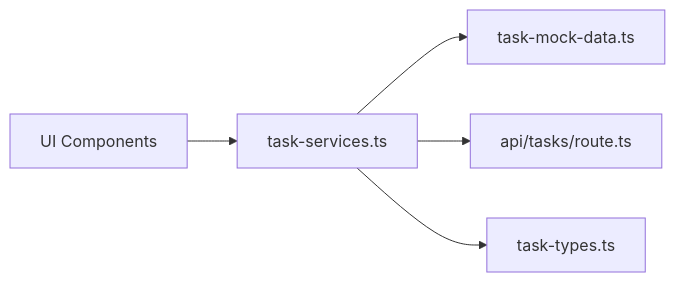
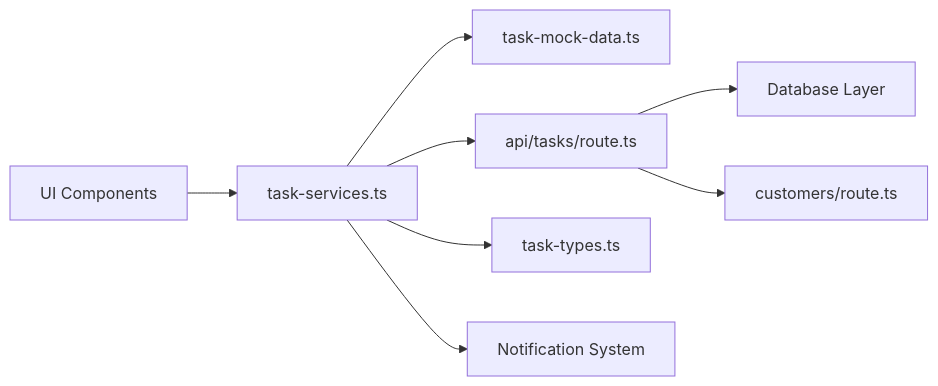
The sixth of 7 diagrams in .qoder/repowiki/en/content/Data Management Modules/Task Management.md (ngothanhtung/claude-code-shadcn-dashboard), drawn with Mermaid before and after one commit. The commit also changed other lines of this file and 165 other files, not shown here.

````diff
--- a/.qoder/repowiki/en/content/Data Management Modules/Task Management.md
+++ b/.qoder/repowiki/en/content/Data Management Modules/Task Management.md
@@ -358,7 +403,10 @@
 ```mermaid
 graph LR
 UI["UI Components"] --> SVC["task-services.ts"]
 SVC --> MOCK["task-mock-data.ts"]
 SVC --> API["api/tasks/route.ts"]
 SVC --> TYPES["task-types.ts"]
+API --> DB["Database Layer"]
+API --> CUST["customers/route.ts"]
+SVC --> NOTIF["Notification System"]
 ```
````
